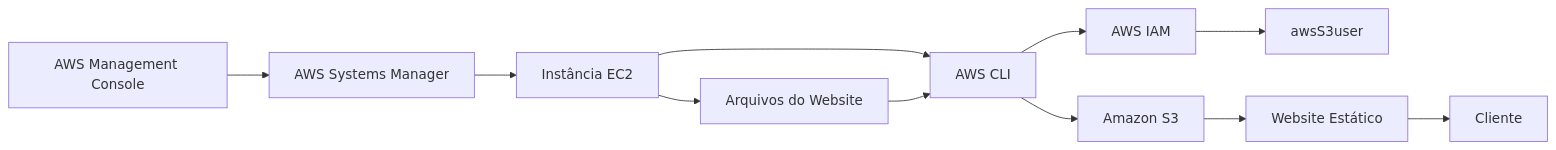
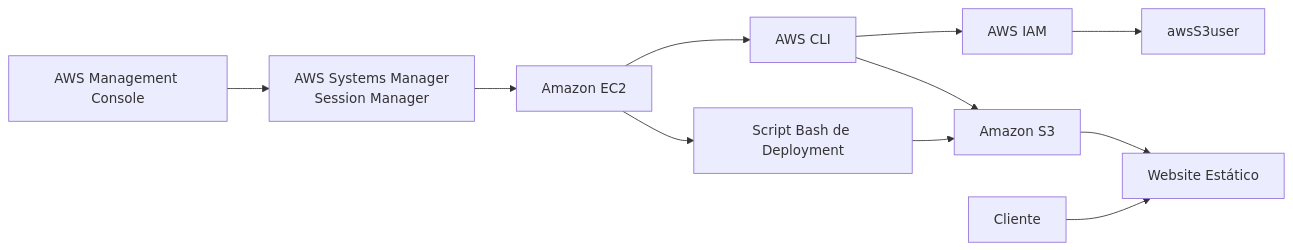
Before and after one commit to laisrdrgs/cloud-labs: the third of 4 diagrams in 06-s3-website/README.md, drawn with Mermaid. The commit also changed other lines of this file, not shown here.

First line of the commit message:
Revise README for clarity on S3 website deployment

````diff
--- a/06-s3-website/README.md
+++ b/06-s3-website/README.md
@@ -322,17 +292,27 @@
-```mermaid
+```mermaid id="v9k2lm"
 flowchart LR
-    A["AWS Management Console"] --> B["AWS Systems Manager"]
-    B --> C["Instância EC2"]
+    CONSOLE["AWS Management Console"]
+    SSM["AWS Systems Manager<br/>Session Manager"]
+    EC2["Amazon EC2"]
+    CLI["AWS CLI"]
+    IAM["AWS IAM"]
+    USER["awsS3user"]
+    S3["Amazon S3"]
+    SITE["Website Estático"]
+    CLIENT["Cliente"]
+    SCRIPT["Script Bash de Deployment"]
 
-    C --> D["AWS CLI"]
+    CONSOLE --> SSM
+    SSM --> EC2
+    EC2 --> CLI
 
-    D --> E["AWS IAM"]
-    E --> F["awsS3user"]
+    CLI --> IAM
+    IAM --> USER
 
-    D --> G["Amazon S3"]
-    G --> H["Website Estático"]
-    H --> I["Cliente"]
+    CLI --> S3
+    EC2 --> SCRIPT
+    SCRIPT --> S3
 
-    C --> J["Arquivos do Website"]
-    J --> D
+    S3 --> SITE
+    CLIENT --> SITE
 ```
````
